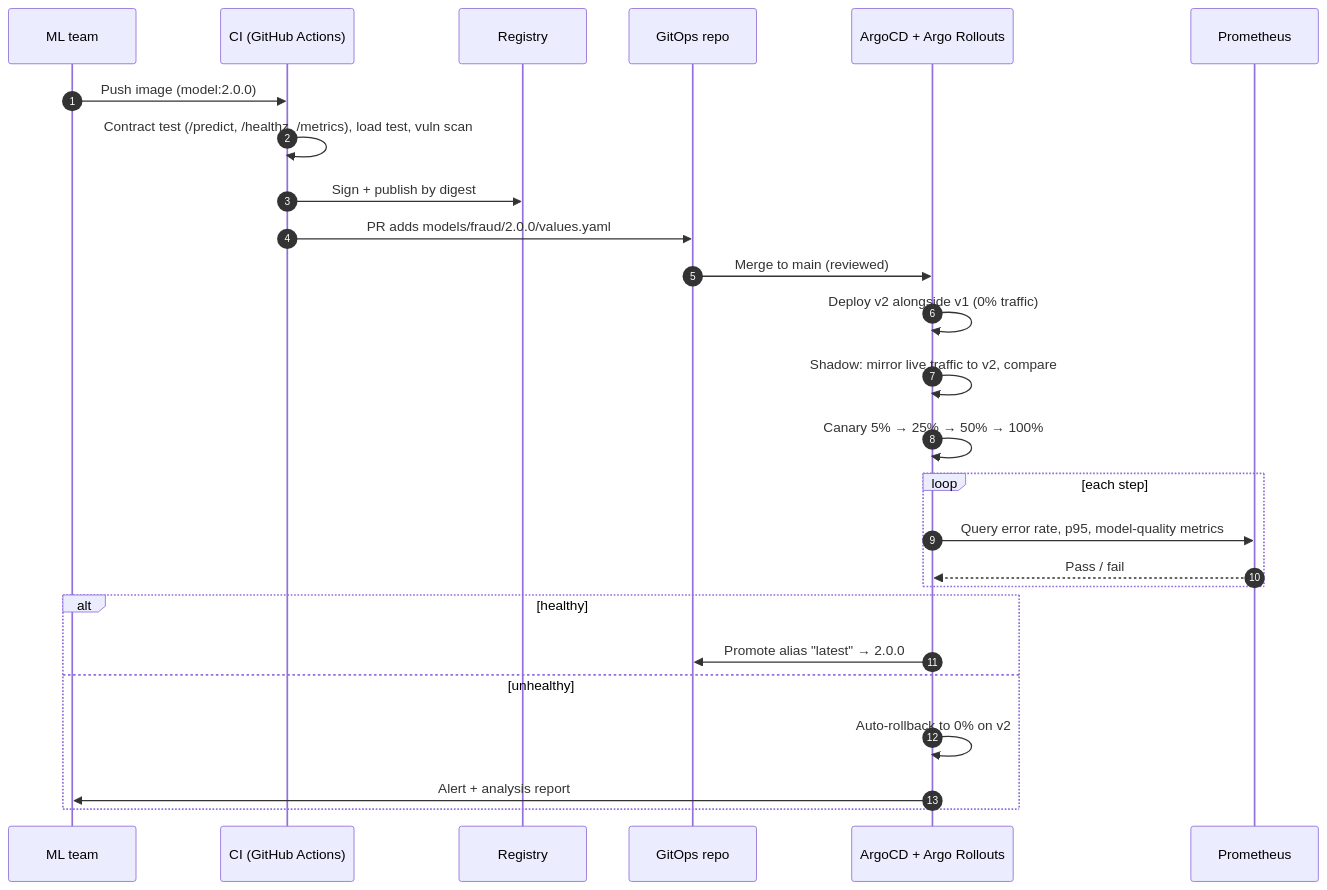
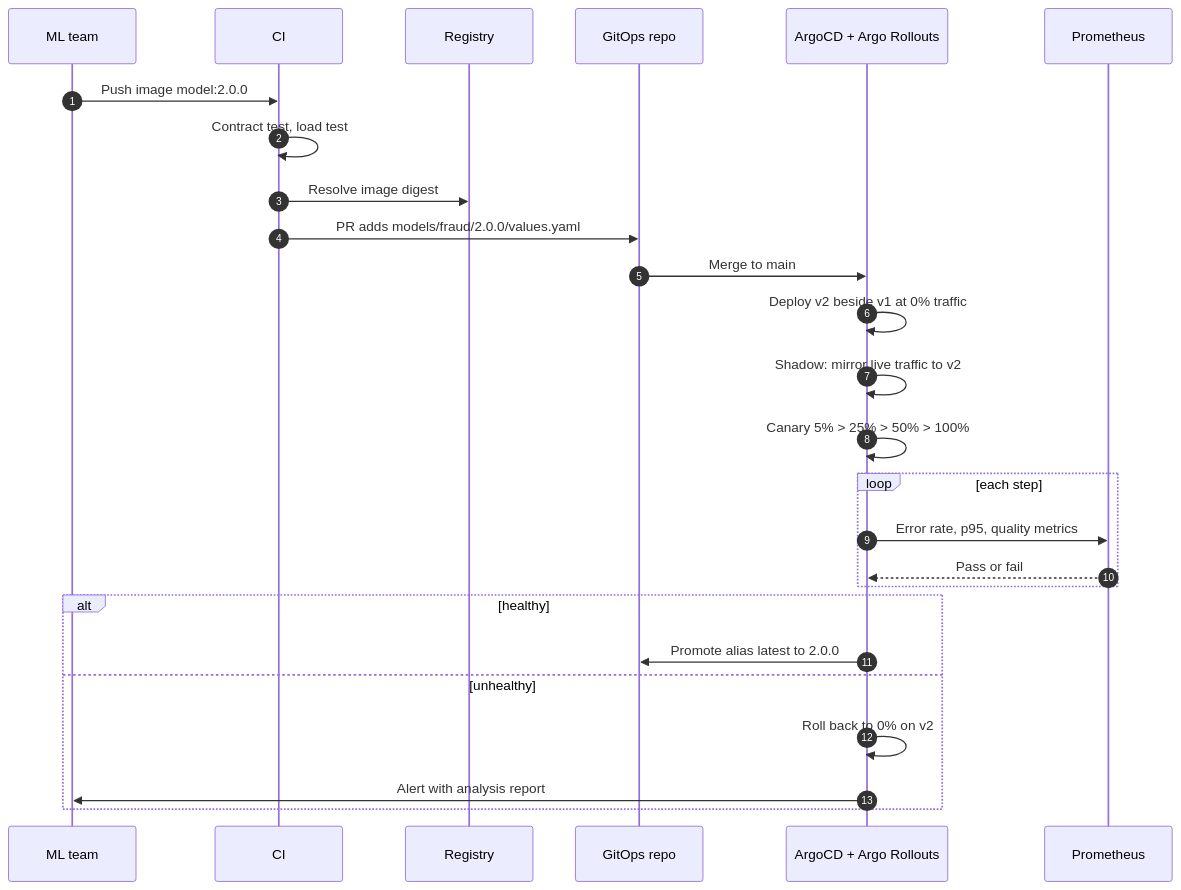
Before and after one commit to omegazyadav/cf-assignment: the fourth of 4 diagrams in docs/DESIGN.md, drawn with Mermaid. The commit also changed other lines of this file and 8 other files, not shown here.

````diff
--- a/docs/DESIGN.md
+++ b/docs/DESIGN.md
@@ -180,28 +170,28 @@
 ```mermaid
 sequenceDiagram
     autonumber
     participant ML as ML team
-    participant CI as CI (GitHub Actions)
+    participant CI as CI
     participant Reg as Registry
     participant Git as GitOps repo
     participant Argo as ArgoCD + Argo Rollouts
     participant Prom as Prometheus
-    ML->>CI: Push image (model:2.0.0)
-    CI->>CI: Contract test (/predict, /healthz, /metrics), load test, vuln scan
-    CI->>Reg: Sign + publish by digest
+    ML->>CI: Push image model:2.0.0
+    CI->>CI: Contract test, load test
+    CI->>Reg: Resolve image digest
     CI->>Git: PR adds models/fraud/2.0.0/values.yaml
-    Git->>Argo: Merge to main (reviewed)
-    Argo->>Argo: Deploy v2 alongside v1 (0% traffic)
-    Argo->>Argo: Shadow: mirror live traffic to v2, compare
-    Argo->>Argo: Canary 5% → 25% → 50% → 100%
+    Git->>Argo: Merge to main
+    Argo->>Argo: Deploy v2 beside v1 at 0% traffic
+    Argo->>Argo: Shadow: mirror live traffic to v2
+    Argo->>Argo: Canary 5% > 25% > 50% > 100%
     loop each step
-        Argo->>Prom: Query error rate, p95, model-quality metrics
-        Prom-->>Argo: Pass / fail
+        Argo->>Prom: Error rate, p95, quality metrics
+        Prom-->>Argo: Pass or fail
     end
     alt healthy
-        Argo->>Git: Promote alias "latest" → 2.0.0
+        Argo->>Git: Promote alias latest to 2.0.0
     else unhealthy
-        Argo->>Argo: Auto-rollback to 0% on v2
-        Argo->>ML: Alert + analysis report
+        Argo->>Argo: Roll back to 0% on v2
+        Argo->>ML: Alert with analysis report
     end
 ```
````
